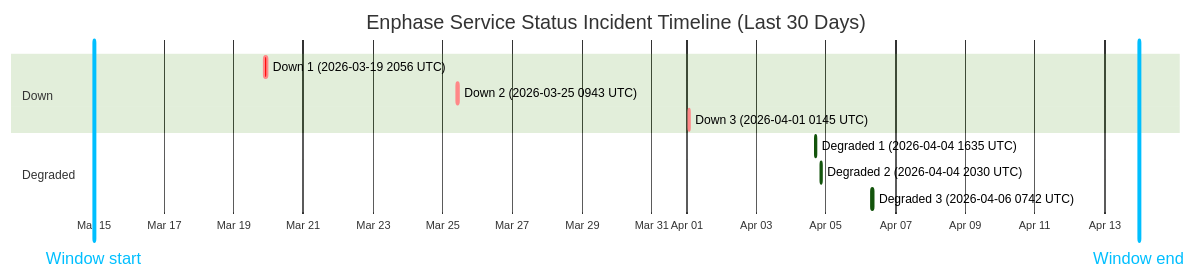
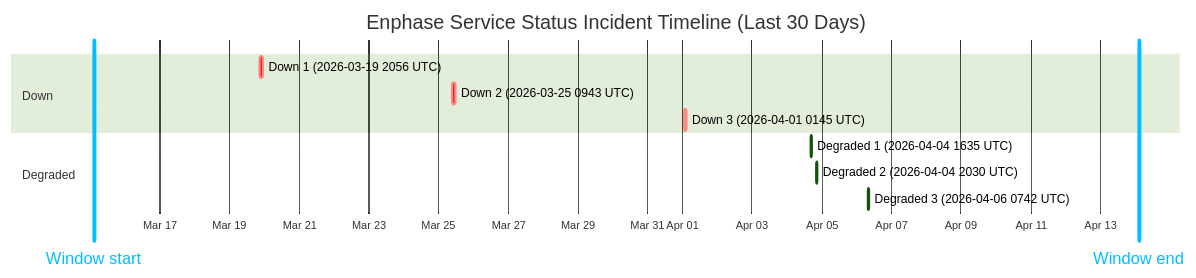
The diagram in wiki/Service-Status-History.md (barneyonline/ha-enphase-ev-charger), drawn with Mermaid (forest theme) before and after one commit. The commit also changed other lines of this file and 3 other files, not shown here.

````diff
--- a/wiki/Service-Status-History.md
+++ b/wiki/Service-Status-History.md
@@ -14,16 +14,16 @@
 ```mermaid
 gantt
     title Enphase Service Status Incident Timeline (Last 30 Days)
     dateFormat  YYYY-MM-DDTHH:mm:ss
     axisFormat  %b %d
-    Window start :vert, window-start, 2026-03-14T23:41:10, 0ms
-    Window end :vert, window-end, 2026-04-13T23:41:10, 0ms
+    Window start :vert, window-start, 2026-03-15T02:29:57, 0ms
+    Window end :vert, window-end, 2026-04-14T02:29:57, 0ms
     section Down
     Down 1 (2026-03-19 2056 UTC) :crit, down-1, 2026-03-19T20:56:20, 145m
     Down 2 (2026-03-25 0943 UTC) :crit, down-2, 2026-03-25T09:43:28, 111m
     Down 3 (2026-04-01 0145 UTC) :crit, down-3, 2026-04-01T01:45:09, 60m
     section Degraded
     Degraded 1 (2026-04-04 1635 UTC) :active, degraded-1, 2026-04-04T16:35:17, 60m
     Degraded 2 (2026-04-04 2030 UTC) :active, degraded-2, 2026-04-04T20:30:40, 60m
     Degraded 3 (2026-04-06 0742 UTC) :active, degraded-3, 2026-04-06T07:42:09, 85m
 ```
````
